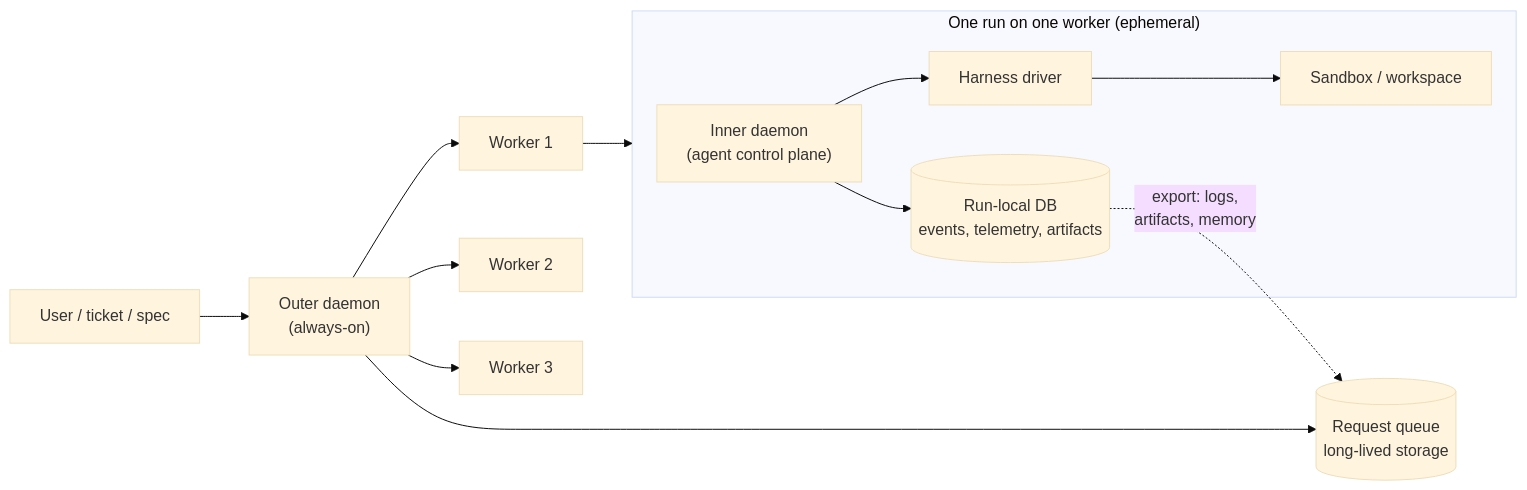
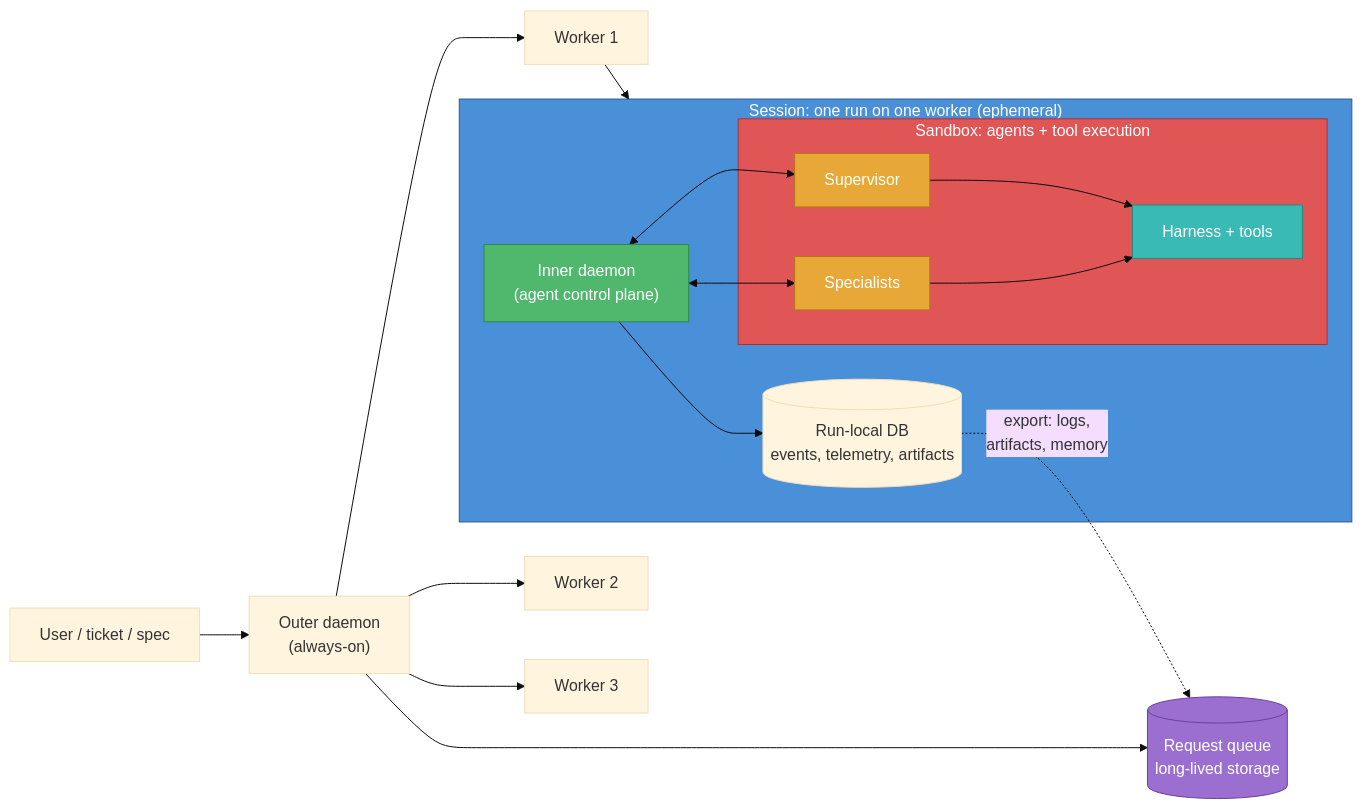
The second of 2 diagrams in docs/PHILOSOPHY.md (donovan-yohan/belayer), drawn with Mermaid (base theme) before and after one commit. The commit also changed other lines of this file, not shown here.

First line of the commit message:
docs: color-code philosophy diagrams and reframe sandbox

````diff
--- a/docs/PHILOSOPHY.md
+++ b/docs/PHILOSOPHY.md
@@ -57,22 +64,38 @@
 ```mermaid
 flowchart LR
     User["User / ticket / spec"] --> OD["Outer daemon\n(always-on)"]
-    OD --> Queue[("Request queue\nlong-lived storage")]
+    OD --> Queue[("Request queue\nlong-lived storage")]:::memory
     OD --> W1["Worker 1"]
     OD --> W2["Worker 2"]
     OD --> W3["Worker 3"]
 
-    subgraph WorkerRun["One run on one worker (ephemeral)"]
-        ID["Inner daemon\n(agent control plane)"]
-        H["Harness driver"]
-        SB["Sandbox / workspace"]
+    subgraph WorkerRun["Session: one run on one worker (ephemeral)"]
+        ID["Inner daemon\n(agent control plane)"]:::comm
         DB[("Run-local DB\nevents, telemetry, artifacts")]
 
-        ID --> H
-        H --> SB
+        subgraph Sandbox["Sandbox: agents + tool execution"]
+            SUP["Supervisor"]:::orch
+            SPEC["Specialists"]:::orch
+            H["Harness + tools"]:::tools
+        end
+
+        ID <--> SUP
+        ID <--> SPEC
+        SUP --> H
+        SPEC --> H
         ID --> DB
     end
 
     W1 --> WorkerRun
     DB -.->|"export: logs,\nartifacts, memory"| Queue
+
+    class WorkerRun session
+    class Sandbox sandbox
+
+    classDef session fill:#4A90D9,stroke:#2E5C8A,color:#fff
+    classDef orch fill:#E8A838,stroke:#B07A1A,color:#fff
+    classDef comm fill:#50B86C,stroke:#2D8A45,color:#fff
+    classDef sandbox fill:#E05555,stroke:#A83232,color:#fff
+    classDef memory fill:#9B6FCF,stroke:#6B3FA0,color:#fff
+    classDef tools fill:#3ABAB4,stroke:#1F8A85,color:#fff
 ```
````
